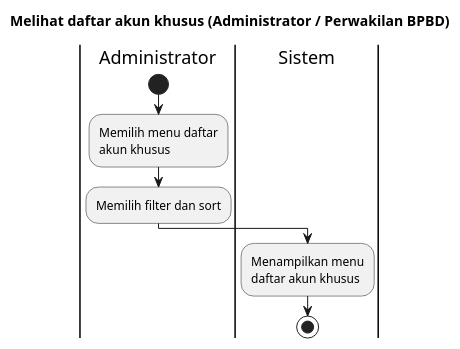
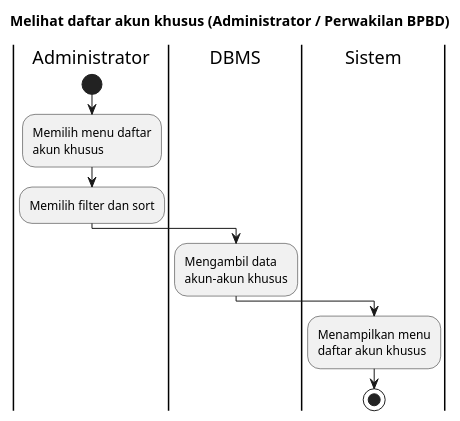
The diagram in Activity Diagrams/UC-MGUSER - Manajemen Pengguna/UC-MGUSER-009 - Melihat daftar akun khusus (administrator).puml (bagusNA/appl-diagrams), drawn with PlantUML before and after one commit. The commit also changed 112 other files, not shown here.

Commit message:
feat: overhaul activity diagrams

```diff
--- a/Activity Diagrams/UC-MGUSER - Manajemen Pengguna/UC-MGUSER-009 - Melihat daftar akun khusus (administrator).puml
+++ b/Activity Diagrams/UC-MGUSER - Manajemen Pengguna/UC-MGUSER-009 - Melihat daftar akun khusus (administrator).puml
@@ -1,16 +1,19 @@
 @startuml UC-MGUSER-009 - Melihat daftar akun khusus
 skinparam wrapWidth 140
 
 title Melihat daftar akun khusus (Administrator / Perwakilan BPBD)
 
 |Administrator|
 start
 :Memilih menu daftar akun khusus;
 :Memilih filter dan sort;
 
+|DBMS|
+:Mengambil data akun-akun khusus;
+
 |Sistem|
 :Menampilkan menu daftar akun khusus;
 
 stop
 
 @enduml
```
